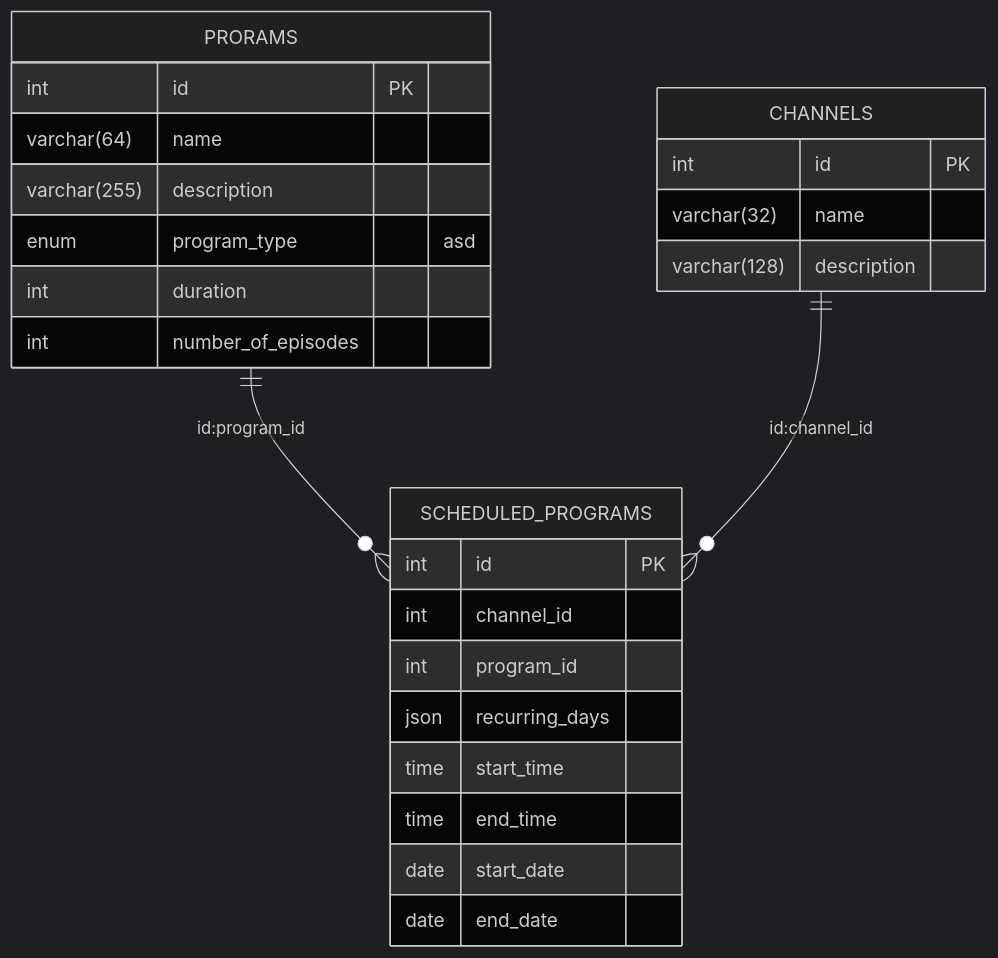
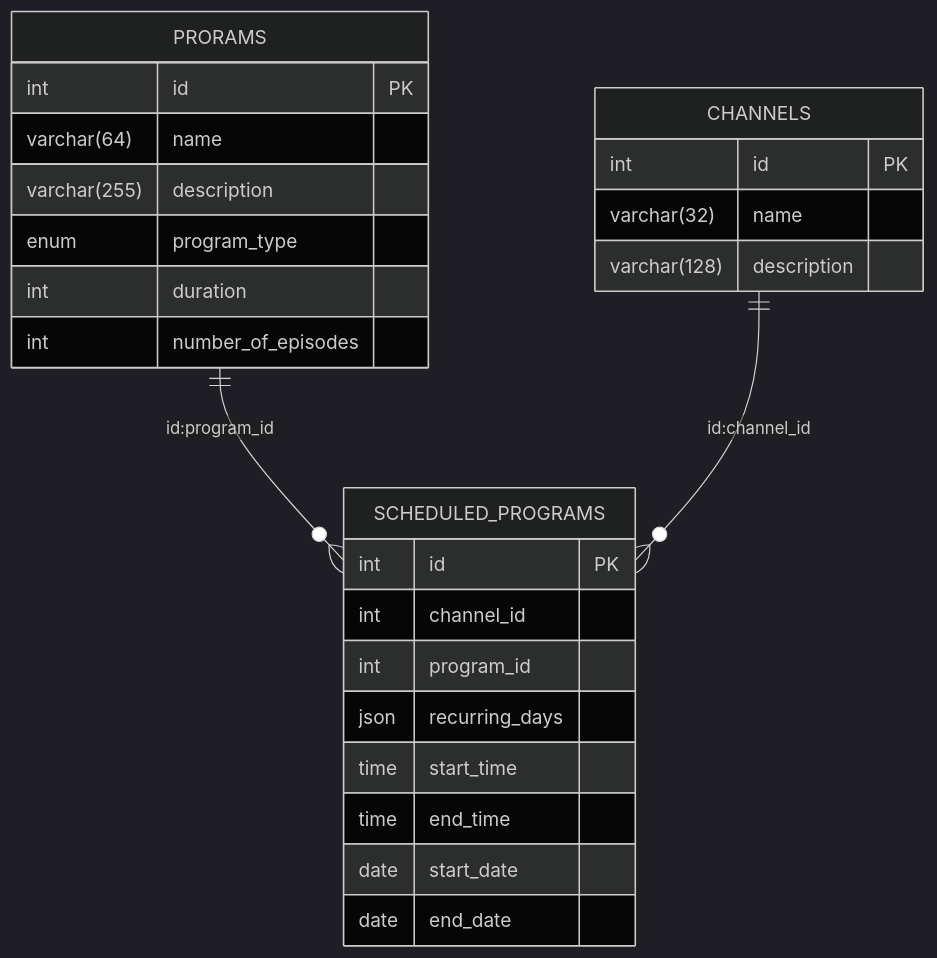
Before and after one commit to rasmuskilk/tv-application: the diagram in README.md, drawn with Mermaid (dark theme).

````diff
--- a/README.md
+++ b/README.md
@@ -25,30 +25,30 @@
 ```mermaid
 erDiagram
     PRORAMS ||--o{ SCHEDULED_PROGRAMS : "id:program_id"
     CHANNELS ||--o{ SCHEDULED_PROGRAMS : "id:channel_id"
     SCHEDULED_PROGRAMS {
         int id PK
         int channel_id
         int program_id
         json recurring_days
         time start_time
         time end_time
         date start_date
         date end_date
     }
 
     CHANNELS {
         int id PK
         varchar(32) name
         varchar(128) description
     }
 
     PRORAMS {
         int id PK
         varchar(64) name
         varchar(255) description
-        enum program_type "asd"
+        enum program_type
         int duration
         int number_of_episodes
     }
 ```
````
